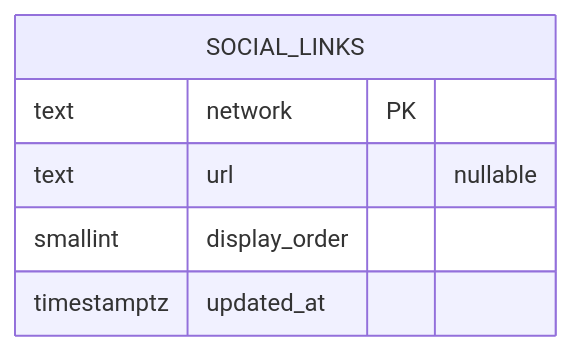
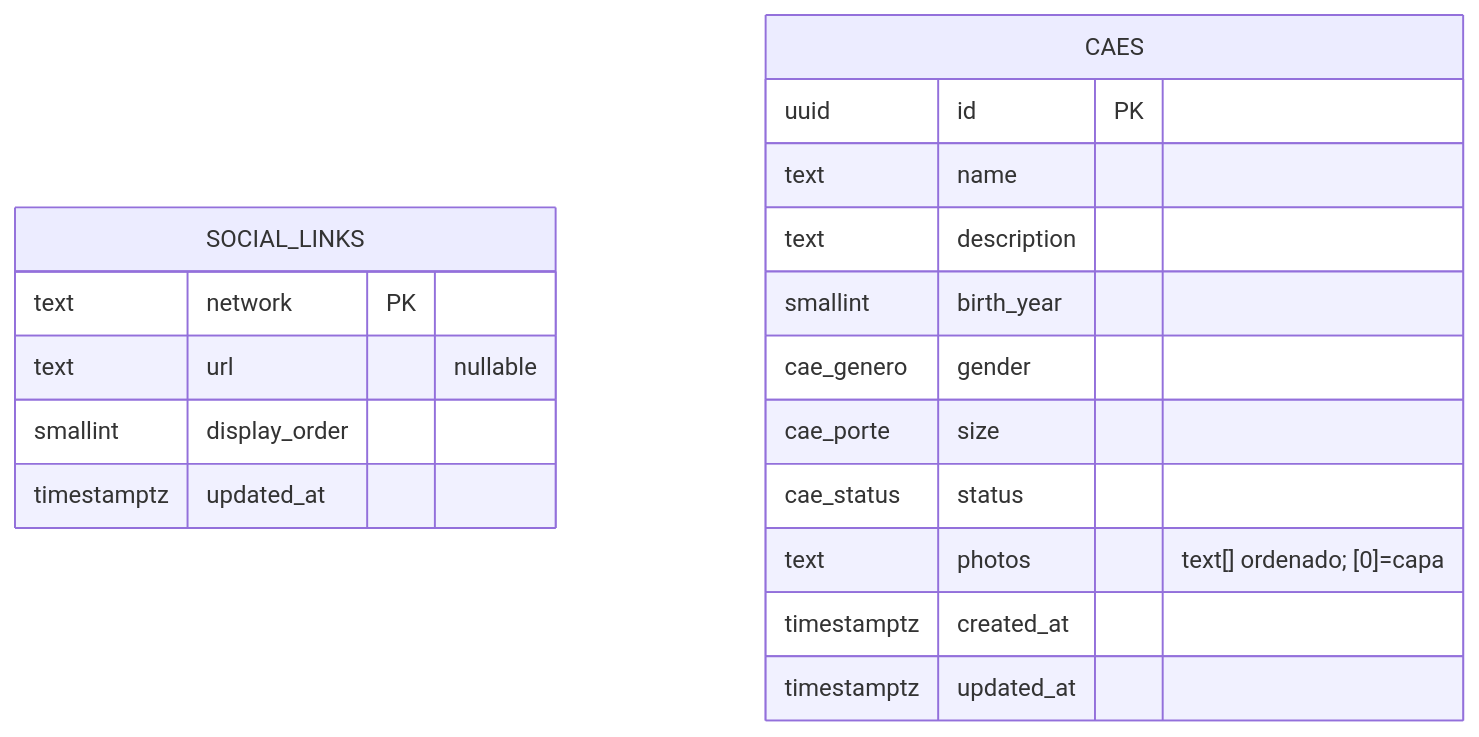
One commit to jeftomaz/abrigo_da_marcia_web changed the diagram in DATA_MODEL.md. Above: the diagram before and after it, drawn with Mermaid. The commit also changed other lines of this file and 7 other files, not shown here.

First line of the commit message:
feat: materializa e valida schema Supabase local (caes + social_links)

````diff
--- a/DATA_MODEL.md
+++ b/DATA_MODEL.md
@@ -7,9 +7,21 @@
 ```mermaid
 erDiagram
   SOCIAL_LINKS {
     text network PK
     text url "nullable"
     smallint display_order
     timestamptz updated_at
   }
+  CAES {
+    uuid id PK
+    text name
+    text description
+    smallint birth_year
+    cae_genero gender
+    cae_porte size
+    cae_status status
+    text photos "text[] ordenado; [0]=capa"
+    timestamptz created_at
+    timestamptz updated_at
+  }
 ```
````
